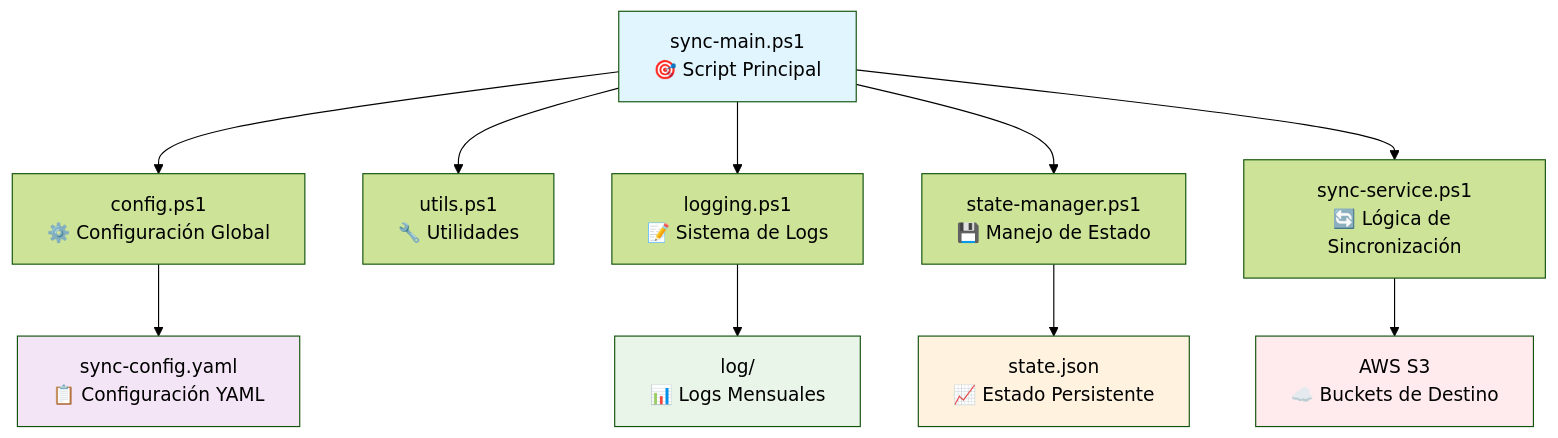
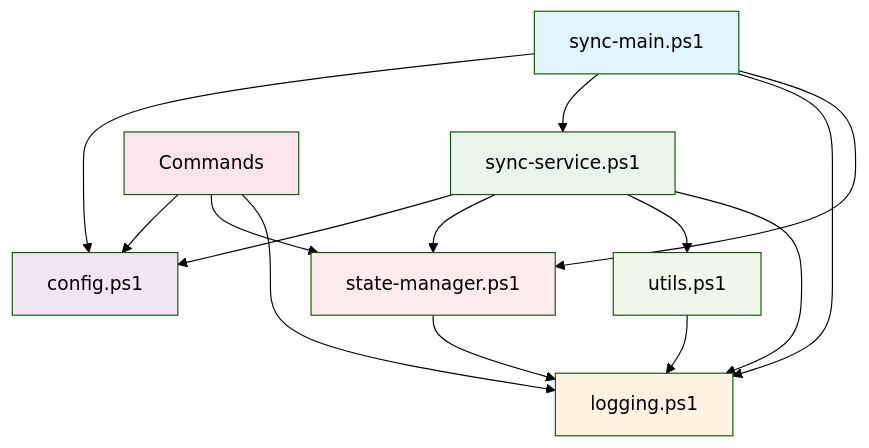
One commit to r0x16/aws-s3-sync-windows changed the third of 5 diagrams in src/README.md. Above: the diagram before and after it, drawn with Mermaid (forest theme). The commit also changed other lines of this file and 1 other file, not shown here.

First line of the commit message:
feat(docs): Add architectural documentation for developers

````diff
--- a/src/README.md
+++ b/src/README.md
@@ -50,19 +320,27 @@
 ```mermaid
-graph TB
-    A[sync-main.ps1<br/>🎯 Script Principal] --> B[config.ps1<br/>⚙️ Configuración Global]
-    A --> C[utils.ps1<br/>🔧 Utilidades]
-    A --> D[logging.ps1<br/>📝 Sistema de Logs]
-    A --> E[state-manager.ps1<br/>💾 Manejo de Estado]
-    A --> F[sync-service.ps1<br/>🔄 Lógica de Sincronización]
+graph TD
+    A[sync-main.ps1] --> B[config.ps1]
+    A --> C[sync-service.ps1]
+    A --> D[logging.ps1]
+    A --> E[state-manager.ps1]
     
-    B --> G[sync-config.yaml<br/>📋 Configuración YAML]
-    D --> H[log/<br/>📊 Logs Mensuales]
-    E --> I[state.json<br/>📈 Estado Persistente]
-    F --> J[AWS S3<br/>☁️ Buckets de Destino]
+    C --> B
+    C --> E
+    C --> F[utils.ps1]
+    C --> D
+    
+    E --> D
+    F --> D
+    
+    G[Commands] --> B
+    G --> E
+    G --> D
     
     style A fill:#e1f5fe
-    style G fill:#f3e5f5
-    style H fill:#e8f5e8
-    style I fill:#fff3e0
-    style J fill:#ffebee
+    style B fill:#f3e5f5
+    style C fill:#e8f5e8
+    style D fill:#fff3e0
+    style E fill:#ffebee
+    style F fill:#f1f8e9
+    style G fill:#fce4ec
 ```
````
